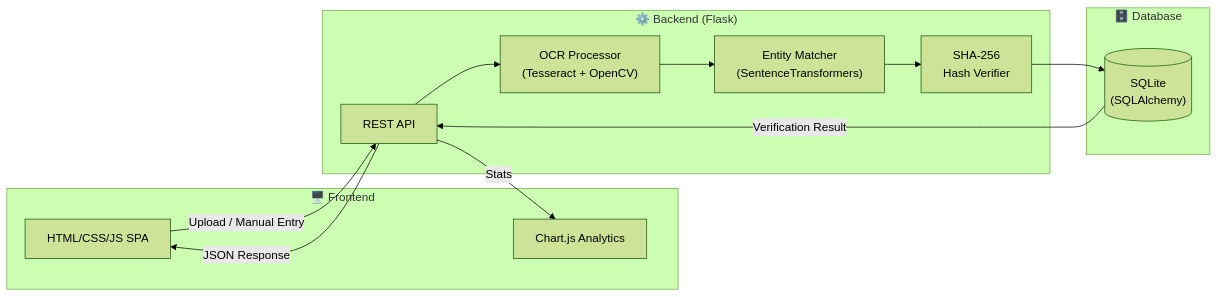
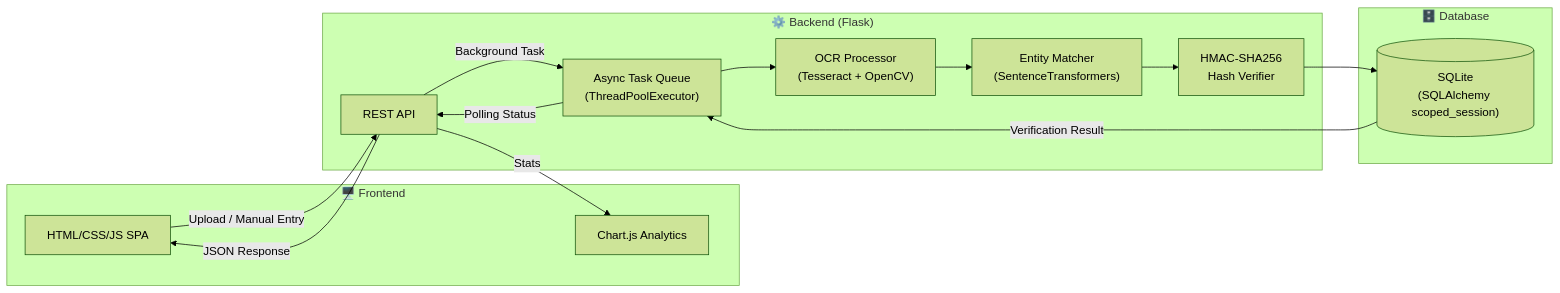
The diagram in README.md (pranavhm25/sih-2025-Veri-Scholars), drawn with Mermaid (forest theme) before and after one commit. The commit also changed other lines of this file, not shown here.

Commit message:
Docs: Update README with Phase 1-3 improvements (Async Queue, HMAC-SHA256, Brute-force detection, AI Deskewing)

````diff
--- a/README.md
+++ b/README.md
@@ -61,27 +61,30 @@
 ```mermaid
 flowchart LR
     subgraph Client["🖥️ Frontend"]
         UI["HTML/CSS/JS SPA"]
         Charts["Chart.js Analytics"]
     end
 
     subgraph Server["⚙️ Backend (Flask)"]
         API["REST API"]
+        Queue["Async Task Queue\n(ThreadPoolExecutor)"]
         OCR["OCR Processor\n(Tesseract + OpenCV)"]
         NLP["Entity Matcher\n(SentenceTransformers)"]
-        Hash["SHA-256\nHash Verifier"]
+        Hash["HMAC-SHA256\nHash Verifier"]
     end
 
     subgraph Data["🗄️ Database"]
-        DB[("SQLite\n(SQLAlchemy)")]
+        DB[("SQLite\n(SQLAlchemy scoped_session)")]
     end
 
     UI -- "Upload / Manual Entry" --> API
-    API --> OCR
+    API -- "Background Task" --> Queue
+    Queue --> OCR
     OCR --> NLP
     NLP --> Hash
     Hash --> DB
-    DB -- "Verification Result" --> API
+    DB -- "Verification Result" --> Queue
+    Queue -- "Polling Status" --> API
     API -- "JSON Response" --> UI
     API -- "Stats" --> Charts
 ```
````
